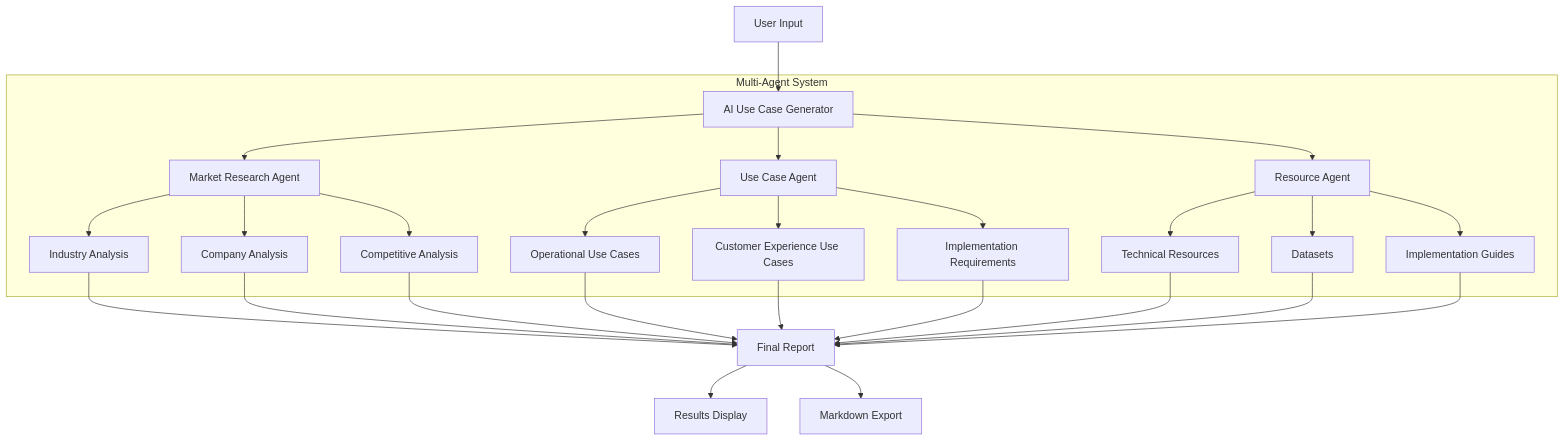
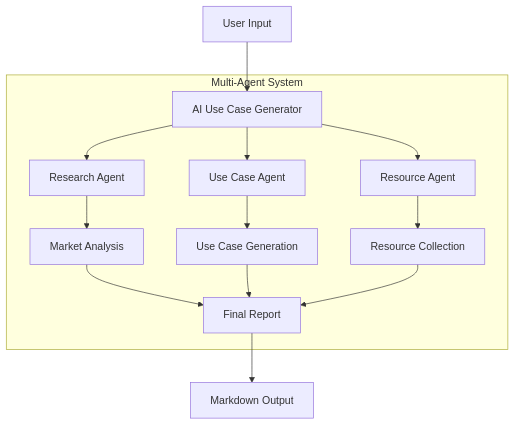
Before and after one commit to omghumre/Multi-agent-project: the diagram in README.md, drawn with Mermaid. The commit also changed other lines of this file and 4 other files, not shown here.

````diff
--- a/README.md
+++ b/README.md
@@ -7,35 +7,20 @@
 ```mermaid
 graph TD
     A[User Input] --> B[AI Use Case Generator]
     
     subgraph Multi-Agent System
-        B --> C[Market Research Agent]
+        B --> C[Research Agent]
         B --> D[Use Case Agent]
         B --> E[Resource Agent]
         
-        C --> F[Industry Analysis]
-        C --> G[Company Analysis]
-        C --> H[Competitive Analysis]
+        C --> F[Market Analysis]
+        D --> G[Use Case Generation]
+        E --> H[Resource Collection]
         
-        D --> I[Operational Use Cases]
-        D --> J[Customer Experience Use Cases]
-        D --> K[Implementation Requirements]
-        
-        E --> L[Technical Resources]
-        E --> M[Datasets]
-        E --> N[Implementation Guides]
+        F --> I[Final Report]
+        G --> I
+        H --> I
     end
     
-    F --> O[Final Report]
-    G --> O
-    H --> O
-    I --> O
-    J --> O
-    K --> O
-    L --> O
-    M --> O
-    N --> O
-    
-    O --> P[Results Display]
-    O --> Q[Markdown Export]
+    I --> J[Markdown Output]
 ```
````
